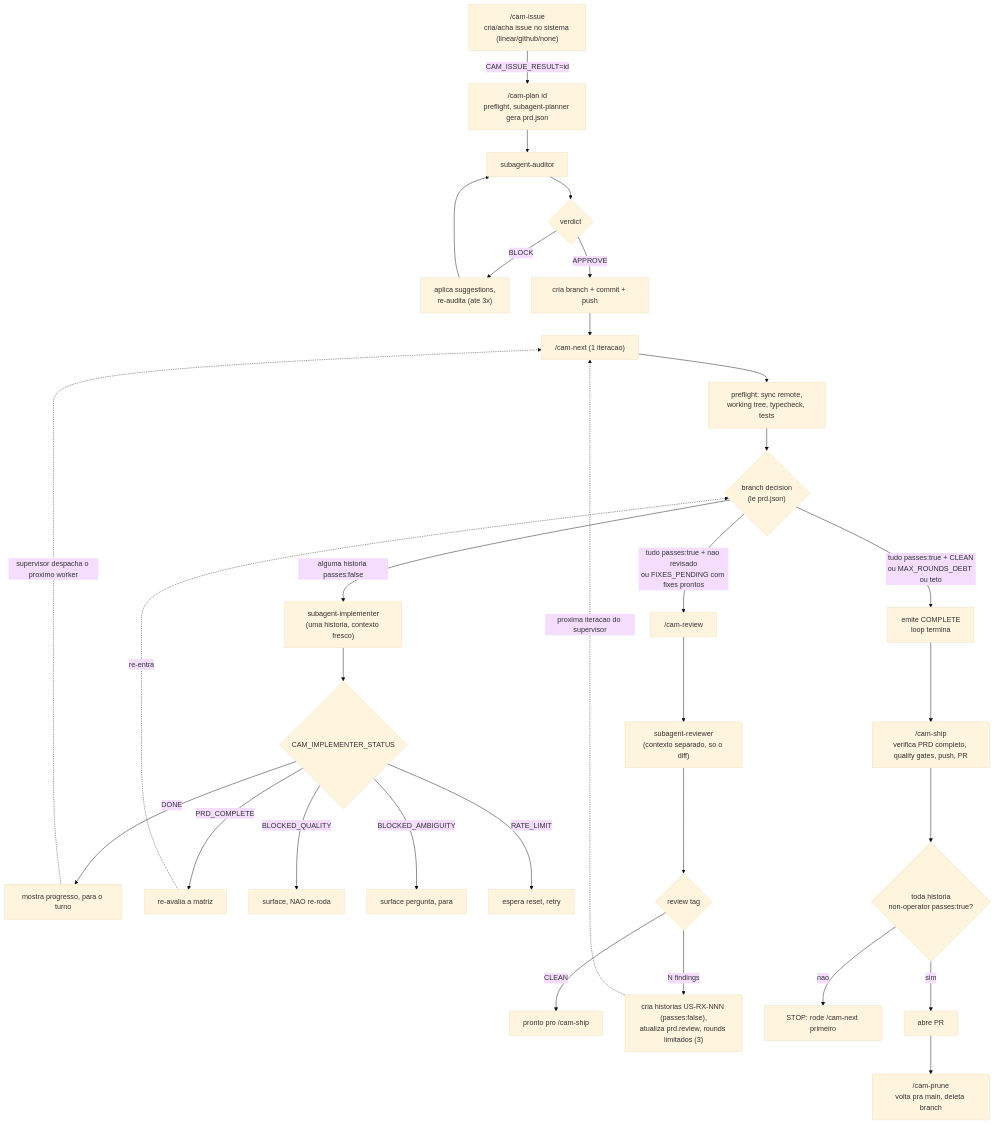
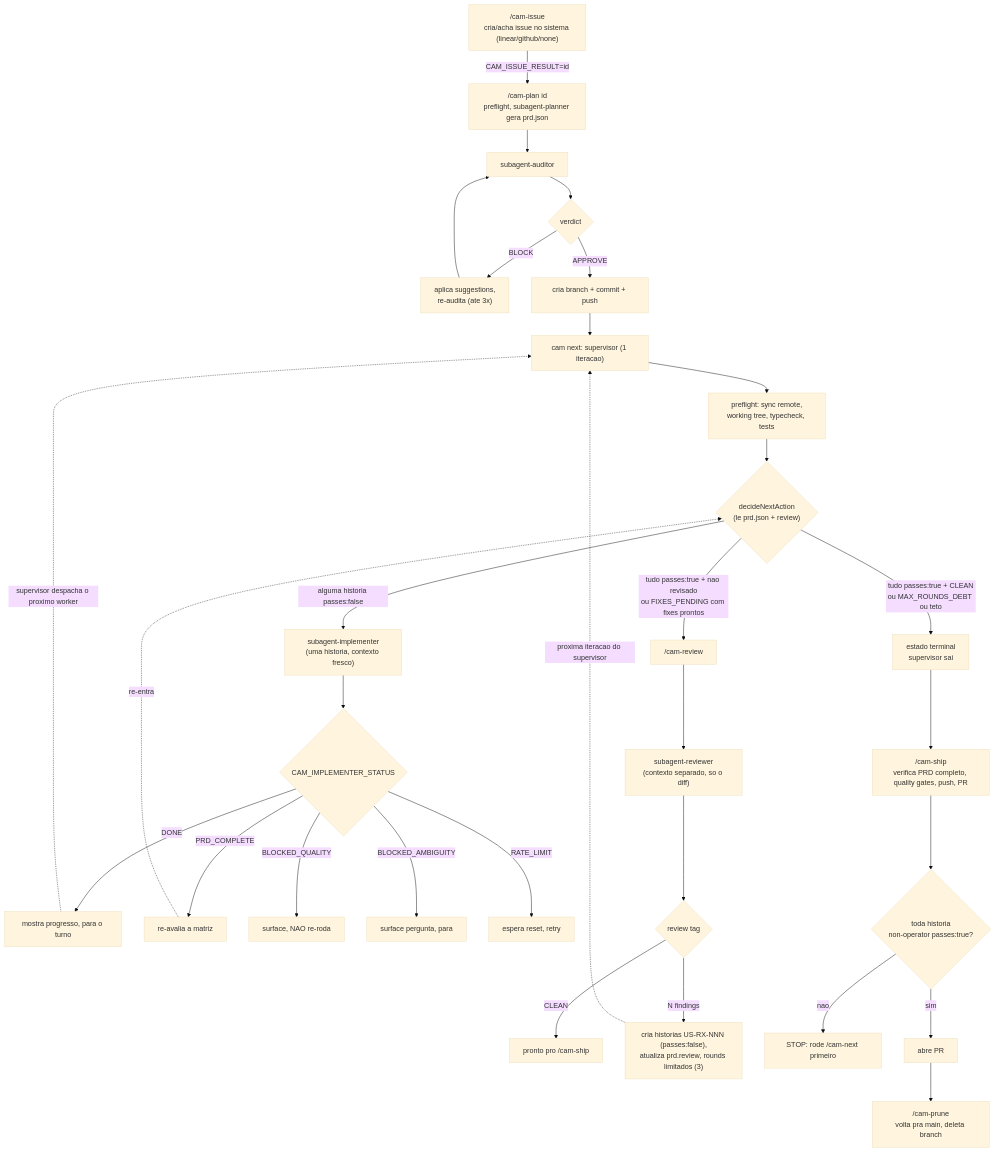
One commit to eduardocaminha/cam-cli changed the ninth of 10 diagrams in FLOW.md. Above: the diagram before and after it, drawn with Mermaid (base theme). The commit also changed other lines of this file and 1 other file, not shown here.

Commit message:
docs: address review round 1 (section-4 heading, section-8 max-iter->paused, section-7 mermaid) + file CAM-45 (CAM-4)

````diff
--- a/FLOW.md
+++ b/FLOW.md
@@ -373,38 +373,38 @@
 ```mermaid
 flowchart TD
     ISSUE["/cam-issue<br/>cria/acha issue no sistema (linear/github/none)"] -->|"CAM_ISSUE_RESULT=id"| PLANC["/cam-plan id<br/>preflight, subagent-planner gera prd.json"]
     PLANC --> AUDIT["subagent-auditor"]
     AUDIT --> VERD{"verdict"}
     VERD -->|"BLOCK"| FIX["aplica suggestions,<br/>re-audita (ate 3x)"]
     FIX --> AUDIT
     VERD -->|"APPROVE"| BRANCH["cria branch + commit + push"]
 
-    BRANCH --> NEXTC["/cam-next (1 iteracao)"]
+    BRANCH --> NEXTC["cam next: supervisor (1 iteracao)"]
     NEXTC --> PRE["preflight: sync remote,<br/>working tree, typecheck, tests"]
-    PRE --> DEC{"branch decision<br/>(le prd.json)"}
+    PRE --> DEC{"decideNextAction<br/>(le prd.json + review)"}
 
     DEC -->|"alguma historia passes:false"| IMPL["subagent-implementer<br/>(uma historia, contexto fresco)"]
     IMPL --> ST{"CAM_IMPLEMENTER_STATUS"}
     ST -->|"DONE"| DONE["mostra progresso, para o turno"]
     ST -->|"PRD_COMPLETE"| REEVAL["re-avalia a matriz"]
     ST -->|"BLOCKED_QUALITY"| BQ["surface, NAO re-roda"]
     ST -->|"BLOCKED_AMBIGUITY"| BA["surface pergunta, para"]
     ST -->|"RATE_LIMIT"| RL["espera reset, retry"]
 
     DEC -->|"tudo passes:true + nao revisado<br/>ou FIXES_PENDING com fixes prontos"| REVIEWC["/cam-review"]
-    DEC -->|"tudo passes:true + CLEAN<br/>ou MAX_ROUNDS_DEBT ou teto"| COMPLETE["emite COMPLETE<br/>loop termina"]
+    DEC -->|"tudo passes:true + CLEAN<br/>ou MAX_ROUNDS_DEBT ou teto"| COMPLETE["estado terminal<br/>supervisor sai"]
 
     REVIEWC --> REVAGENT["subagent-reviewer<br/>(contexto separado, so o diff)"]
     REVAGENT --> RV{"review tag"}
     RV -->|"CLEAN"| RCLEAN["pronto pro /cam-ship"]
     RV -->|"N findings"| RFIX["cria historias US-RX-NNN (passes:false),<br/>atualiza prd.review, rounds limitados (3)"]
     RFIX -. "proxima iteracao do supervisor" .-> NEXTC
     DONE -. "supervisor despacha o proximo worker" .-> NEXTC
     REEVAL -. "re-entra" .-> DEC
 
     COMPLETE --> SHIPC["/cam-ship<br/>verifica PRD completo, quality gates, push, PR"]
     SHIPC --> SHIPCHK{"toda historia<br/>non-operator passes:true?"}
     SHIPCHK -->|nao| SHIPSTOP["STOP: rode /cam-next primeiro"]
     SHIPCHK -->|sim| PR["abre PR"]
     PR --> PRUNEC["/cam-prune<br/>volta pra main, deleta branch"]
 ```
````
